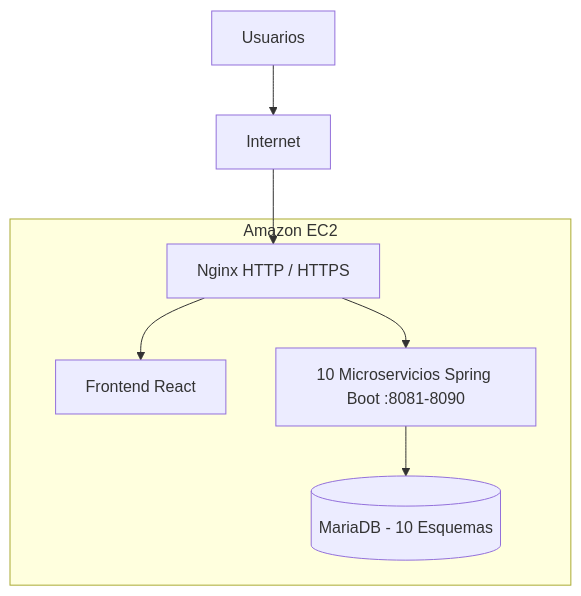
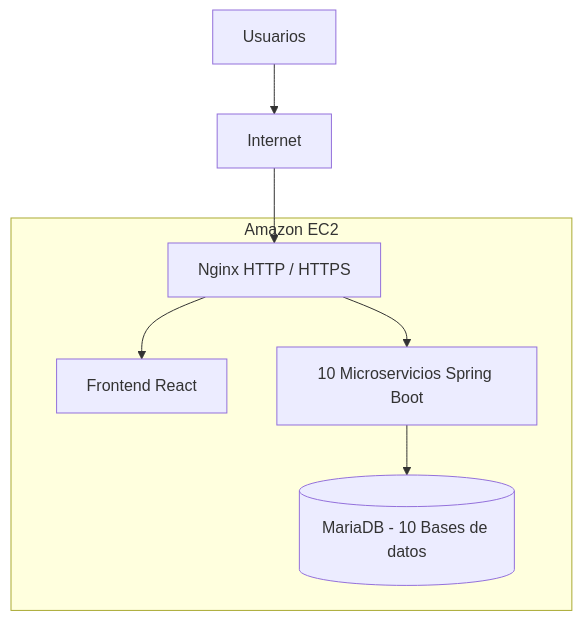
Before and after one commit to kevishowardgonzalez/ferreteria-backend: the fourth of 4 diagrams in README.md, drawn with Mermaid. The commit also changed other lines of this file, not shown here.

````diff
--- a/README.md
+++ b/README.md
@@ -721,11 +708,11 @@
 ```mermaid
 flowchart TD
     U[Usuarios] --> I[Internet]
     I --> N[Nginx HTTP / HTTPS]
 
     subgraph AWS[Amazon EC2]
         N --> F[Frontend React]
-        N --> B[10 Microservicios Spring Boot :8081-8090]
-        B --> D[(MariaDB - 10 Esquemas)]
+        N --> B[10 Microservicios Spring Boot]
+        B --> D[(MariaDB - 10 Bases de datos)]
     end
 ```
````
